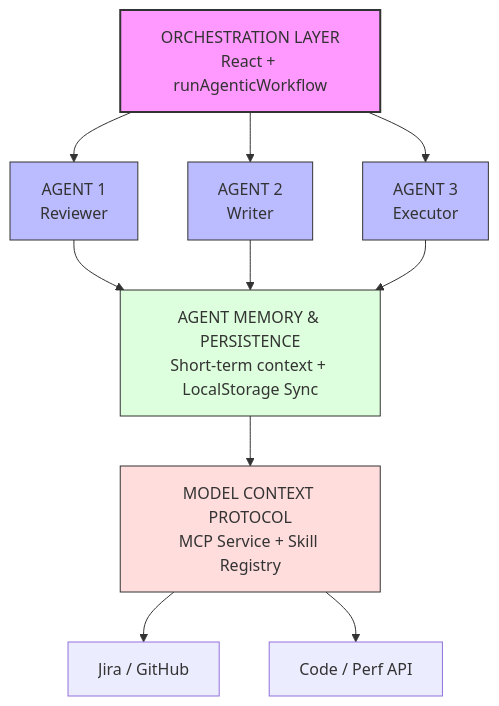
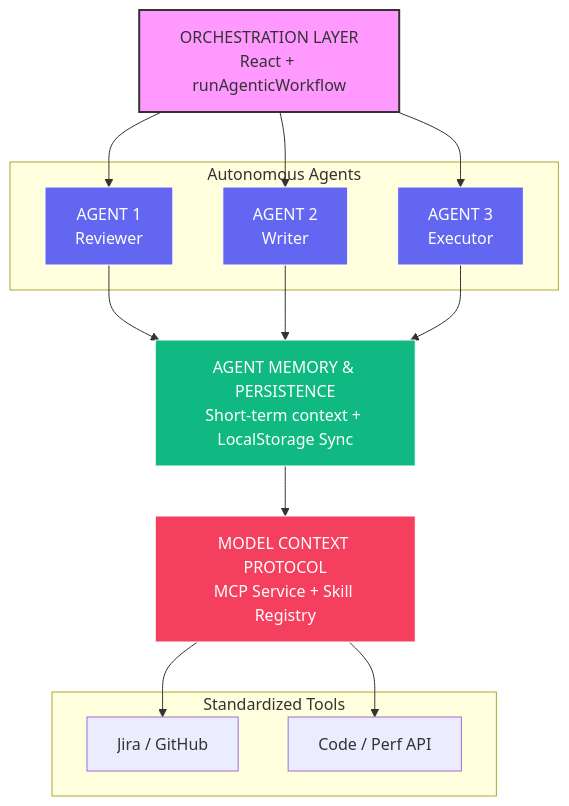
The diagram in README.md (darshil0/qa-nexus-autonomous), drawn with Mermaid before and after one commit. The commit also changed other lines of this file and 7 other files, not shown here.

````diff
--- a/README.md
+++ b/README.md
@@ -252,26 +252,33 @@
 ```mermaid
 graph TD
     Orch[ORCHESTRATION LAYER<br/>React + runAgenticWorkflow]
 
-    A1[AGENT 1<br/>Reviewer]
-    A2[AGENT 2<br/>Writer]
-    A3[AGENT 3<br/>Executor]
+    subgraph AGENTS [Autonomous Agents]
+        A1[AGENT 1<br/>Reviewer]
+        A2[AGENT 2<br/>Writer]
+        A3[AGENT 3<br/>Executor]
+    end
 
     Orch --> A1
     Orch --> A2
     Orch --> A3
 
     A1 & A2 & A3 --> Memory[AGENT MEMORY & PERSISTENCE<br/>Short-term context + LocalStorage Sync]
 
     Memory --> MCP[MODEL CONTEXT PROTOCOL<br/>MCP Service + Skill Registry]
 
-    MCP --> Jira[Jira / GitHub]
-    MCP --> Code[Code / Perf API]
+    subgraph TOOLS [Standardized Tools]
+        Jira[Jira / GitHub]
+        Code[Code / Perf API]
+    end
+
+    MCP --> Jira
+    MCP --> Code
 
     style Orch fill:#f9f,stroke:#333,stroke-width:2px
-    style A1 fill:#bbf,stroke:#333,stroke-width:1px
-    style A2 fill:#bbf,stroke:#333,stroke-width:1px
-    style A3 fill:#bbf,stroke:#333,stroke-width:1px
-    style Memory fill:#dfd,stroke:#333,stroke-width:1px
-    style MCP fill:#fdd,stroke:#333,stroke-width:1px
+    style A1 fill:#6366f1,stroke:#fff,color:#fff
+    style A2 fill:#6366f1,stroke:#fff,color:#fff
+    style A3 fill:#6366f1,stroke:#fff,color:#fff
+    style Memory fill:#10b981,stroke:#fff,color:#fff
+    style MCP fill:#f43f5e,stroke:#fff,color:#fff
 ```
````
